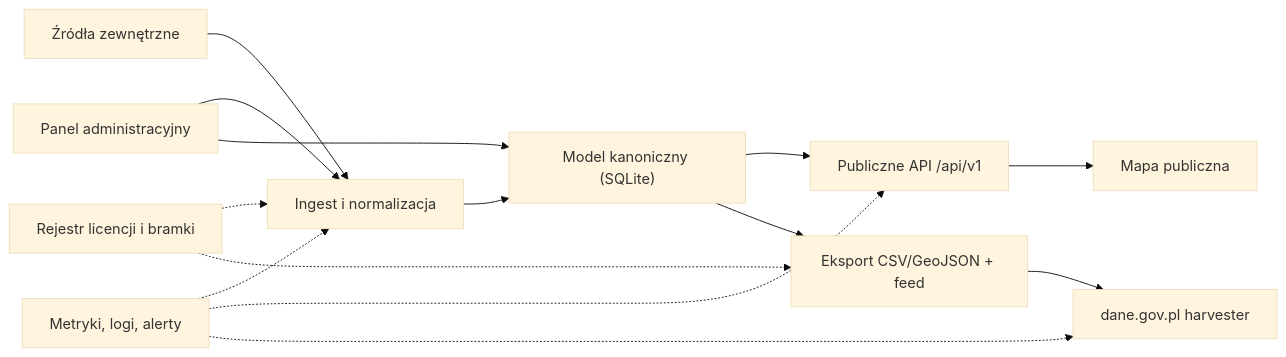
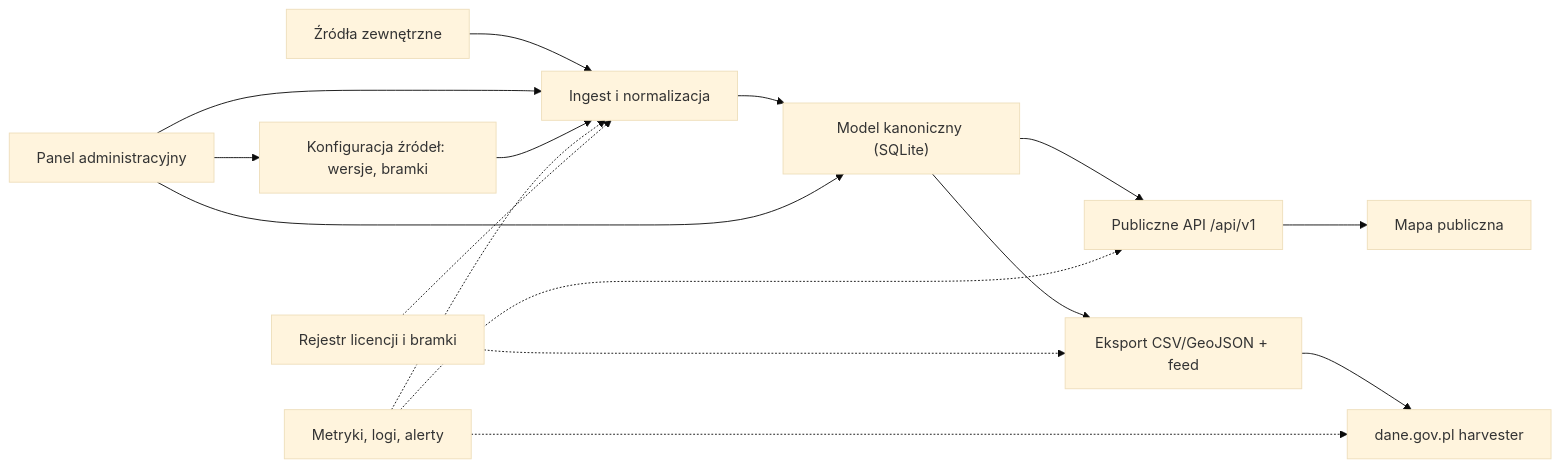
Before and after one commit to patryk-rybak/schoolProject: the diagram in AED/docs/design/README.md, drawn with Mermaid (base theme). The commit also changed other lines of this file and 1 other file, not shown here.

````diff
--- a/AED/docs/design/README.md
+++ b/AED/docs/design/README.md
@@ -49,16 +60,18 @@
 ```mermaid
 flowchart LR
     SRC["Źródła zewnętrzne"] --> ING["Ingest i normalizacja"]
     ING --> DB["Model kanoniczny (SQLite)"]
     DB --> API["Publiczne API /api/v1"]
     DB --> EXP["Eksport CSV/GeoJSON + feed"]
     EXP --> GOV["dane.gov.pl harvester"]
     API --> MAP["Mapa publiczna"]
     ADMIN["Panel administracyjny"] --> ING
     ADMIN --> DB
+    ADMIN --> CFG["Konfiguracja źródeł: wersje, bramki"]
+    CFG --> ING
     OBS["Metryki, logi, alerty"] -.-> ING
     OBS -.-> API
     OBS -.-> GOV
     LIC["Rejestr licencji i bramki"] -.-> ING
     LIC -.-> EXP
 ```
````
